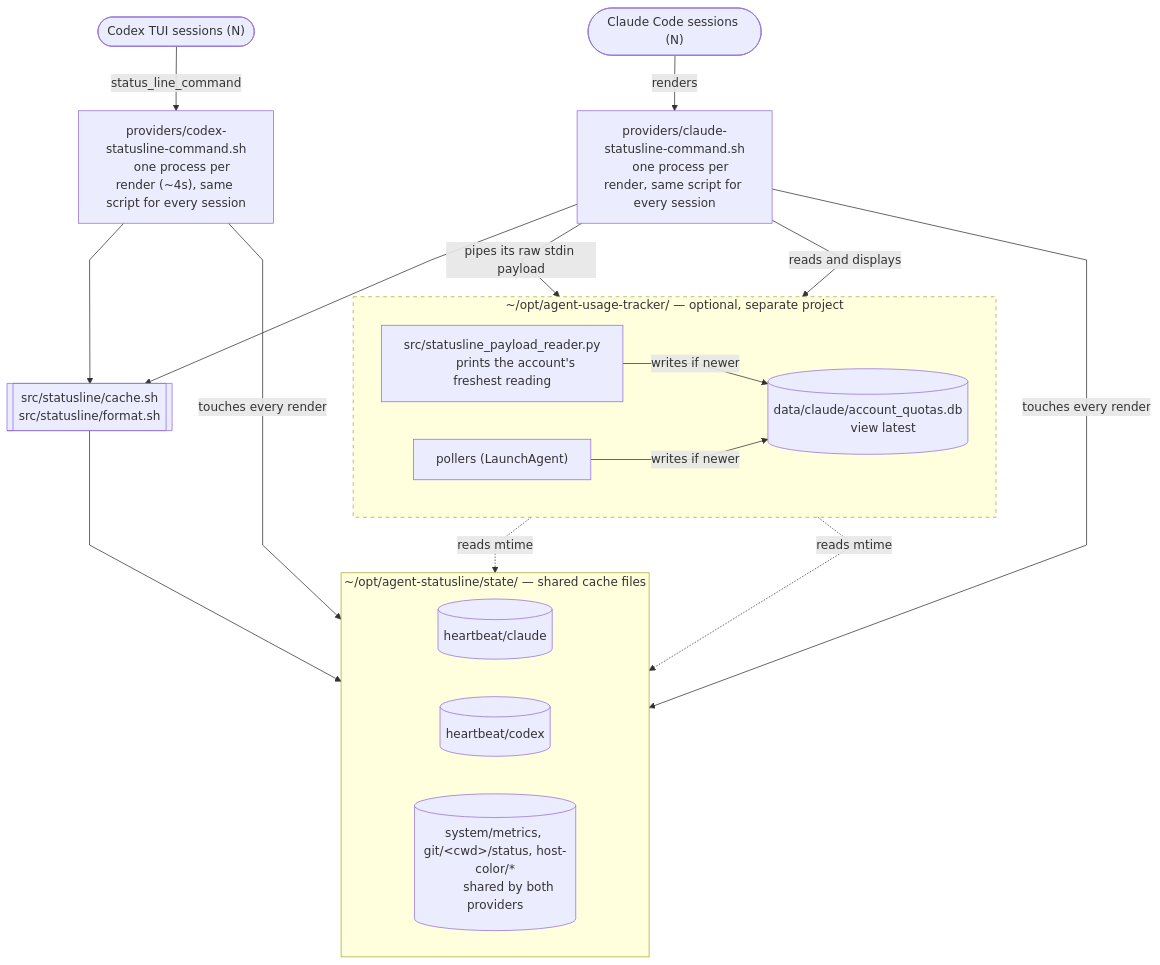
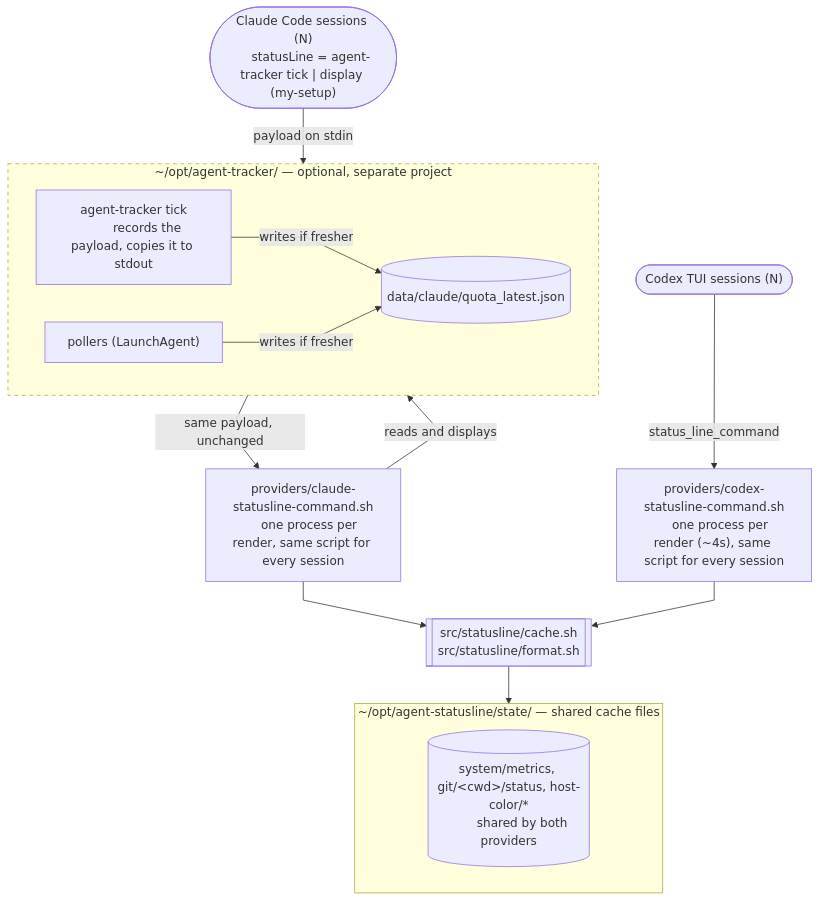
The diagram in README.md (JeanLescutMuller/agent-statusline), drawn with Mermaid before and after one commit. The commit also changed other lines of this file and 11 other files, not shown here.

First line of the commit message:
Display only: read agent-tracker's quota_latest.json, drop the heartbeat

````diff
--- a/README.md
+++ b/README.md
@@ -33,50 +33,43 @@
 ```mermaid
 %%{init: {"flowchart": {"curve": "linear"}}}%%
 flowchart TB
-    claudeS(["Claude Code sessions (N)"])
+    claudeS(["Claude Code sessions (N)
+    statusLine = agent-tracker tick | display (my-setup)"])
     codexS(["Codex TUI sessions (N)"])
 
     provclaude["providers/claude-statusline-command.sh
     one process per render, same script for every session"]
     provcodex["providers/codex-statusline-command.sh
     one process per render (~4s), same script for every session"]
 
     sharedlib[["src/statusline/cache.sh
     src/statusline/format.sh"]]
 
     subgraph state["~/opt/agent-statusline/state/ — shared cache files"]
         direction LR
-        hbC[("heartbeat/claude")]
-        hbX[("heartbeat/codex")]
         ccOther[("system/metrics, git/&lt;cwd&gt;/status, host-color/*
         shared by both providers")]
     end
 
-    subgraph tracker["~/opt/agent-usage-tracker/ — optional, separate project"]
+    subgraph tracker["~/opt/agent-tracker/ — optional, separate project"]
         direction LR
-        ingest["src/statusline_payload_reader.py
-        prints the account's freshest reading"]
-        ccC[("data/claude/account_quotas.db
-        view latest")]
+        tick["agent-tracker tick
+        records the payload, copies it to stdout"]
+        ccC[("data/claude/quota_latest.json")]
         pollers["pollers (LaunchAgent)"]
     end
 
-    claudeS -->|renders| provclaude
+    claudeS -->|"payload on stdin"| tick
+    tick -->|"same payload, unchanged"| provclaude
     codexS -->|"status_line_command"| provcodex
 
     provclaude --> sharedlib
     provcodex --> sharedlib
     sharedlib --> ccOther
 
-    provclaude -->|touches every render| hbC
-    provcodex -->|touches every render| hbX
-
-    provclaude -->|"pipes its raw stdin payload"| ingest
-    ingest -->|"writes if newer"| ccC
+    tick -->|"writes if fresher"| ccC
+    pollers -->|"writes if fresher"| ccC
     provclaude -->|"reads and displays"| ccC
-    pollers -.->|"reads mtime"| hbC
-    pollers -.->|"reads mtime"| hbX
-    pollers -->|"writes if newer"| ccC
 
     style tracker stroke-dasharray: 5 5
 ```
````
